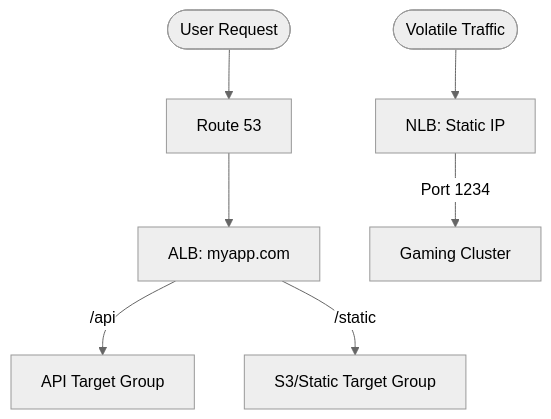
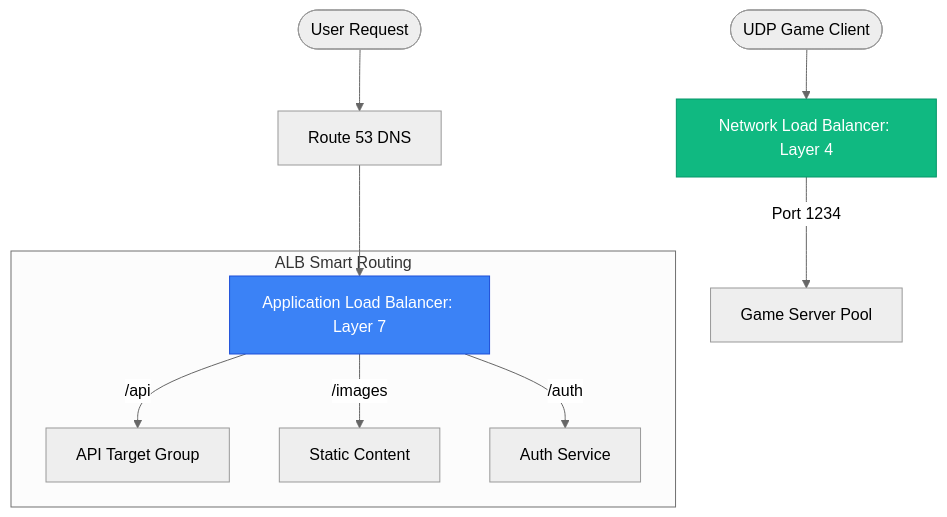
The diagram in 2-Intermediate/01-Phase-1/01-Networking/07-Load-Balancing-ALB-NLB/README.md (Ganil151/Devops), drawn with Mermaid (neutral theme) before and after one commit. The commit also changed other lines of this file and 51 other files, not shown here.

````diff
--- a/2-Intermediate/01-Phase-1/01-Networking/07-Load-Balancing-ALB-NLB/README.md
+++ b/2-Intermediate/01-Phase-1/01-Networking/07-Load-Balancing-ALB-NLB/README.md
@@ -29,10 +5,17 @@
 ```mermaid
 graph TD
-    User([User Request]) --> DNS[Route 53]
-    DNS --> ALB[ALB: myapp.com]
-    ALB -->|/api| TG1[API Target Group]
-    ALB -->|/static| TG2[S3/Static Target Group]
+    User([User Request]) --> R53[Route 53 DNS]
+    R53 --> ALB[Application Load Balancer: Layer 7]
+    
+    subgraph Path_Routing[ALB Smart Routing]
+        ALB -->|/api| TG_API[API Target Group]
+        ALB -->|/images| TG_Static[Static Content]
+        ALB -->|/auth| TG_Auth[Auth Service]
+    end
 
-User2([Volatile Traffic]) --> NLB[NLB: Static IP]
-    NLB -->|Port 1234| TG3[Gaming Cluster]
+    User_Game([UDP Game Client]) --> NLB[Network Load Balancer: Layer 4]
+    NLB -->|Port 1234| TG_Game[Game Server Pool]
+
+    style ALB fill:#3b82f6,stroke:#1d4ed8,color:#fff
+    style NLB fill:#10b981,stroke:#059669,color:#fff
 ```
````
